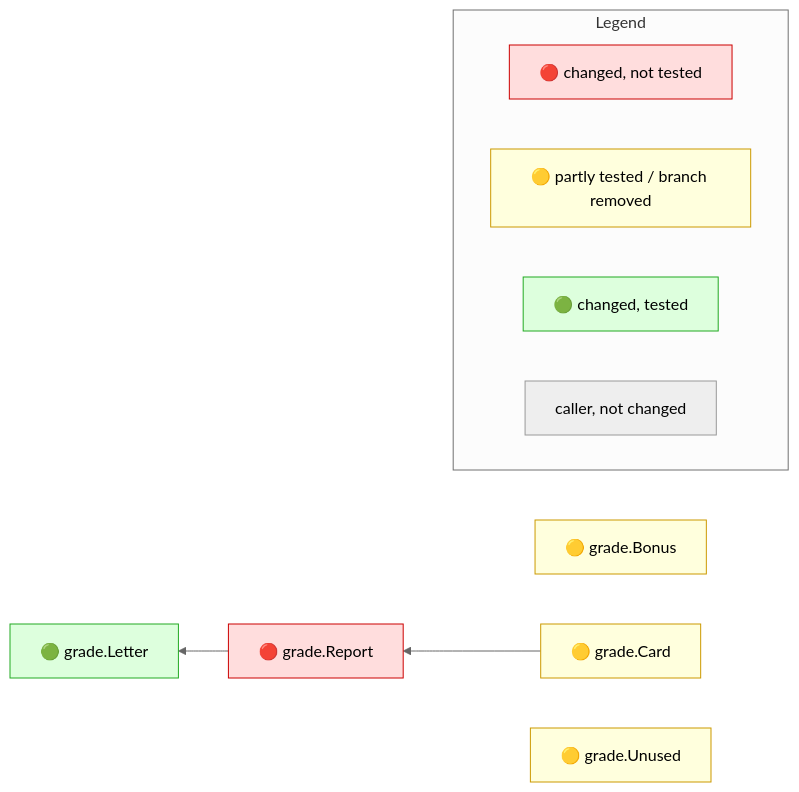
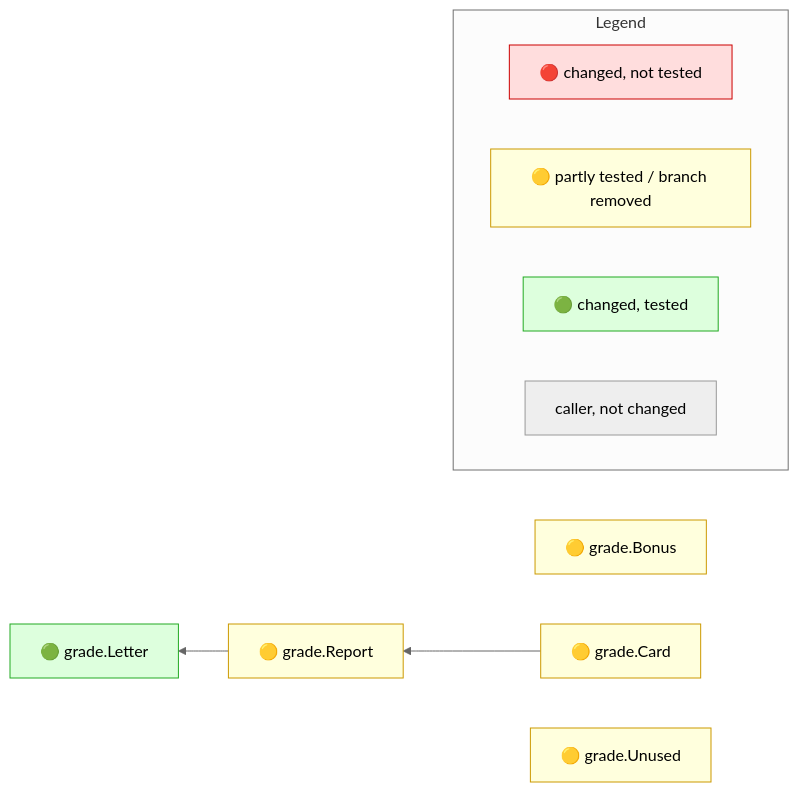
Before and after one commit to Kevinbarrero/mr-impact: the diagram in testdata/e2e/coverprofile/expected.golden.md, drawn with Mermaid (neutral theme). The commit also changed other lines of this file and 32 other files, not shown here.

````diff
--- a/testdata/e2e/coverprofile/expected.golden.md
+++ b/testdata/e2e/coverprofile/expected.golden.md
@@ -17,20 +17,20 @@
 ```mermaid
 flowchart RL
-  n0["🔴 grade.Report"]:::red
+  n0["🟡 grade.Report"]:::yellow
   n1["🟡 grade.Bonus"]:::yellow
   n2["🟡 grade.Card"]:::yellow
   n3["🟡 grade.Unused"]:::yellow
   n4["🟢 grade.Letter"]:::green
   n2 --> n0
   n0 --> n4
   subgraph legend ["Legend"]
     direction LR
     lr["🔴 changed, not tested"]:::red
     ly["🟡 partly tested / branch removed"]:::yellow
     lg["🟢 changed, tested"]:::green
     lc["caller, not changed"]
   end
   classDef red fill:#fdd,stroke:#c00
   classDef yellow fill:#ffd,stroke:#c90
   classDef green fill:#dfd,stroke:#2a2
 ```
````
